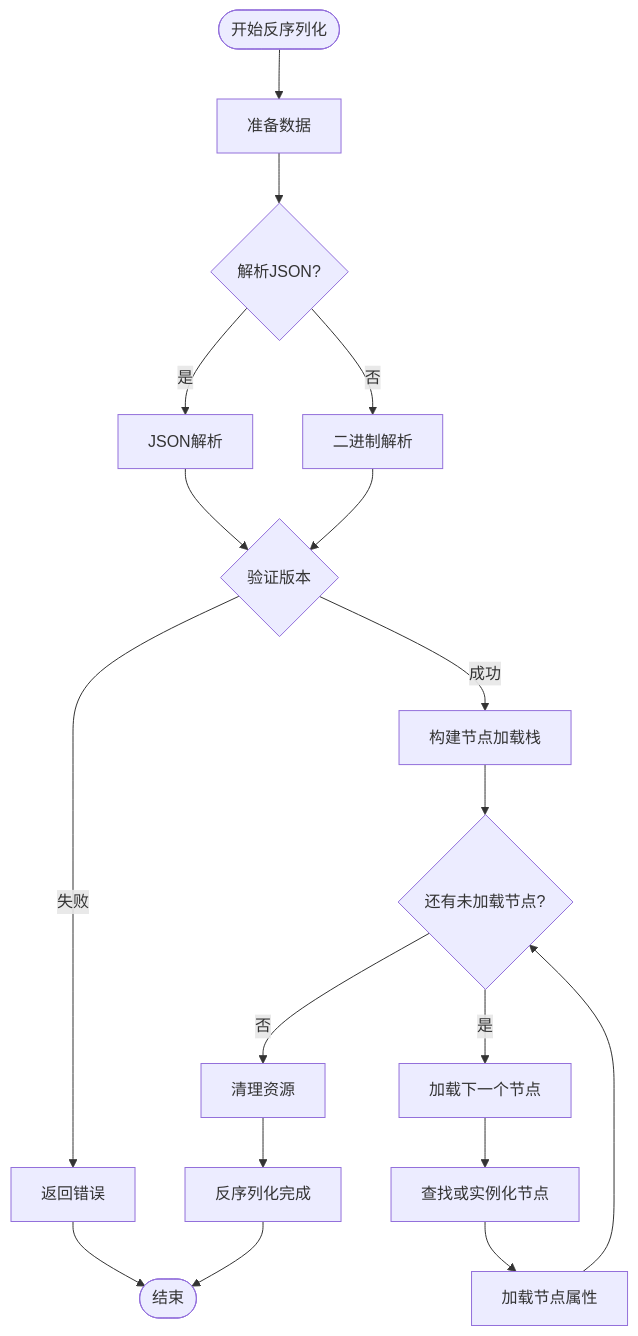
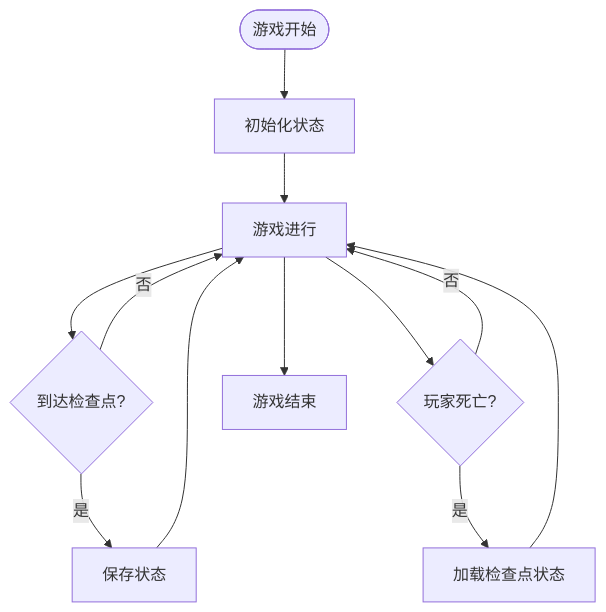
One commit to godotline/godot-line changed the second of 2 diagrams in .qoder/repowiki/zh/content/开发工具/SaveKit保存系统.md. Above: the diagram before and after it, drawn with Mermaid. The commit also changed other lines of this file and 28 other files, not shown here.

````diff
--- a/.qoder/repowiki/zh/content/开发工具/SaveKit保存系统.md
+++ b/.qoder/repowiki/zh/content/开发工具/SaveKit保存系统.md
@@ -262,20 +82,14 @@
 ```mermaid
 flowchart TD
-Start([开始反序列化]) --> Prepare[准备数据]
-Prepare --> ParseJSON{解析JSON?}
-ParseJSON --> |是| JSONParse[JSON解析]
-ParseJSON --> |否| BinaryParse[二进制解析]
-JSONParse --> ValidateVersion{验证版本}
-BinaryParse --> ValidateVersion
-ValidateVersion --> |失败| Error[返回错误]
-ValidateVersion --> |成功| BuildStack[构建节点加载栈]
-BuildStack --> LoadNodes{还有未加载节点?}
-LoadNodes --> |是| LoadNext[加载下一个节点]
-LoadNext --> FindOrInstantiate[查找或实例化节点]
-FindOrInstantiate --> LoadProperties[加载节点属性]
-LoadProperties --> LoadNodes
-LoadNodes --> |否| Cleanup[清理资源]
-Cleanup --> Success[反序列化完成]
-Error --> End([结束])
-Success --> End
+Start([游戏开始]) --> Init[初始化状态]
+Init --> Play[游戏进行]
+Play --> Checkpoint{到达检查点?}
+Checkpoint --> |是| SaveState[保存状态]
+Checkpoint --> |否| Play
+SaveState --> Play
+Play --> Die{玩家死亡?}
+Die --> |是| LoadState[加载检查点状态]
+Die --> |否| Play
+LoadState --> Play
+Play --> End[游戏结束]
 ```
````
